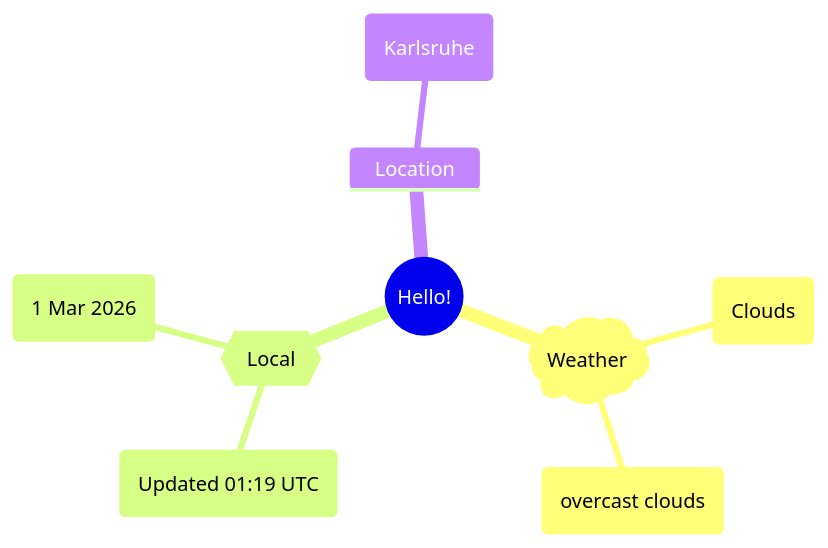
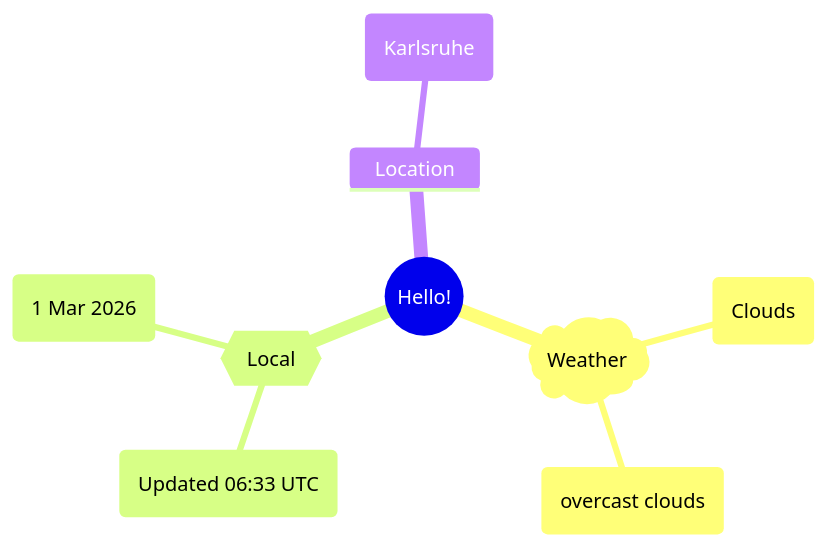
Before and after one commit to Xosrov/Xosrov: the first of 2 diagrams in README.md, drawn with Mermaid.

Commit message:
[bot] updated images

````diff
--- a/README.md
+++ b/README.md
@@ -3,12 +3,12 @@
 ```mermaid
 mindmap
   root((Hello!))
     )Weather(
         (Clouds)
         (overcast clouds)
     {{Local}}
-        (Updated 01:19 UTC)
+        (Updated 06:33 UTC)
         (1 Mar 2026)
     Location
         (Karlsruhe)
 ```
````
